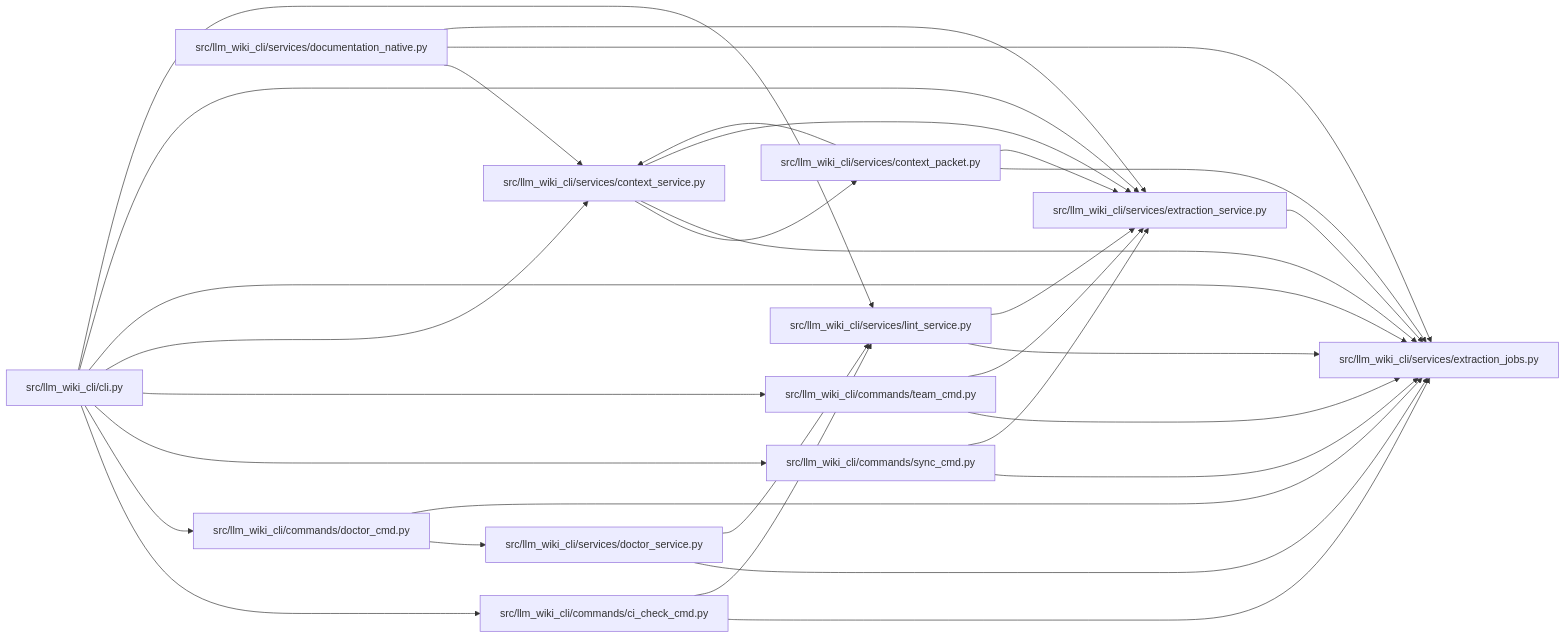
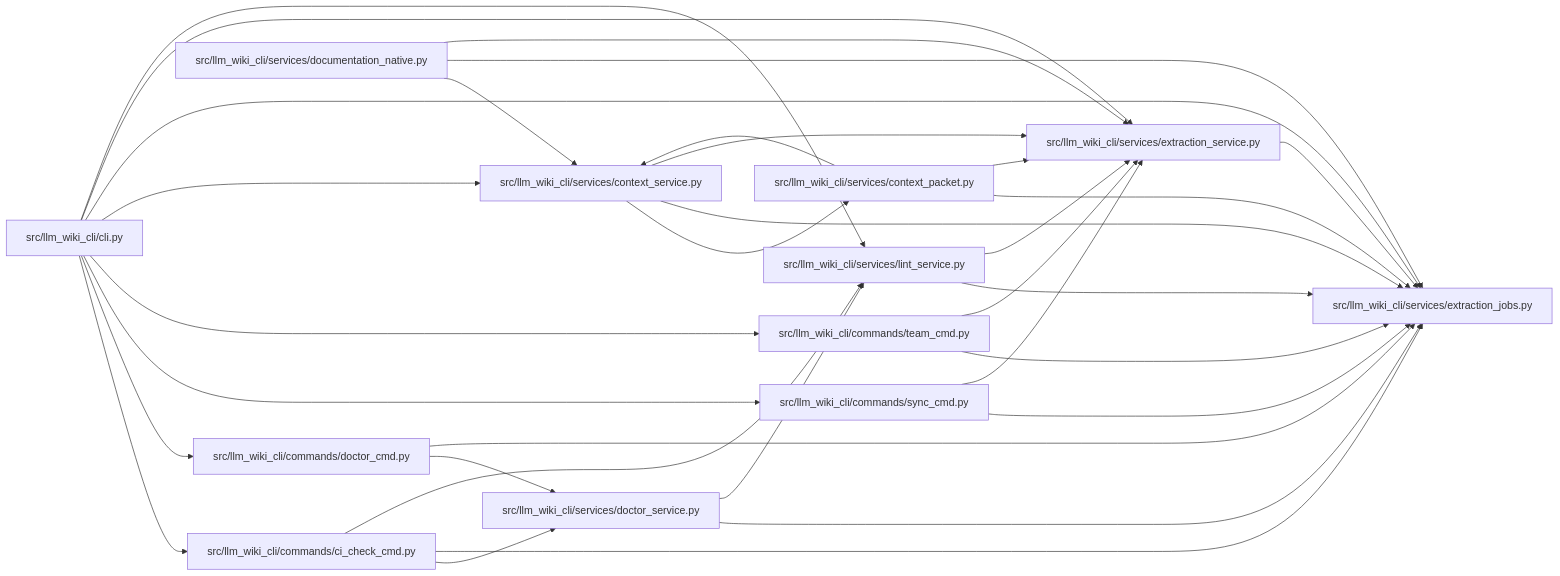
The diagram in docs/llm_wiki/modules/extraction_jobs.md (Denissvgn/python-wiki-llm), drawn with Mermaid before and after one commit. The commit also changed 581 other files, not shown here.

````diff
--- a/docs/llm_wiki/modules/extraction_jobs.md
+++ b/docs/llm_wiki/modules/extraction_jobs.md
@@ -23,57 +23,58 @@
 ```mermaid
 flowchart LR
     n0["src/llm_wiki_cli/cli.py"]
     n1["src/llm_wiki_cli/commands/ci_check_cmd.py"]
     n2["src/llm_wiki_cli/commands/doctor_cmd.py"]
     n3["src/llm_wiki_cli/commands/sync_cmd.py"]
     n4["src/llm_wiki_cli/commands/team_cmd.py"]
     n5["src/llm_wiki_cli/services/context_packet.py"]
     n6["src/llm_wiki_cli/services/context_service.py"]
     n7["src/llm_wiki_cli/services/doctor_service.py"]
     n8["src/llm_wiki_cli/services/documentation_native.py"]
     n9["src/llm_wiki_cli/services/extraction_jobs.py"]
     n10["src/llm_wiki_cli/services/extraction_service.py"]
     n11["src/llm_wiki_cli/services/lint_service.py"]
     n0 --> n1
     n0 --> n2
     n0 --> n3
     n0 --> n4
     n0 --> n6
     n0 --> n9
     n0 --> n10
     n0 --> n11
+    n1 --> n7
     n1 --> n9
     n1 --> n11
     n2 --> n7
     n2 --> n9
     n3 --> n9
     n3 --> n10
     n4 --> n9
     n4 --> n10
     n5 --> n6
     n5 --> n9
     n5 --> n10
     n6 --> n5
     n6 --> n9
     n6 --> n10
     n7 --> n9
     n7 --> n11
     n8 --> n6
     n8 --> n9
     n8 --> n10
     n10 --> n9
     n11 --> n9
     n11 --> n10
     click n0 "../modules/cli.md"
     click n1 "../modules/ci_check_cmd.md"
     click n2 "../modules/doctor_cmd.md"
     click n3 "../modules/sync_cmd.md"
     click n4 "../modules/team_cmd.md"
     click n5 "../modules/context_packet.md"
     click n6 "../modules/context_service.md"
     click n7 "../modules/doctor_service.md"
     click n8 "../modules/documentation_native.md"
     click n9 "../modules/extraction_jobs.md"
     click n10 "../modules/extraction_service.md"
     click n11 "../modules/lint_service.md"
 ```
````
